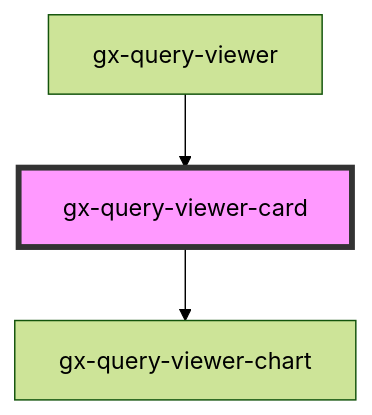
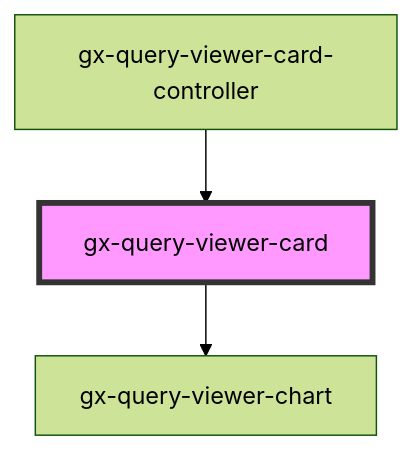
The diagram in src/components/query-viewer-card/readme.md (genexuslabs/reporting-controls-library), drawn with Mermaid (forest theme) before and after one commit. The commit also changed other lines of this file and 4 other files, not shown here.

````diff
--- a/src/components/query-viewer-card/readme.md
+++ b/src/components/query-viewer-card/readme.md
@@ -55,6 +52,6 @@
 ```mermaid
 graph TD;
   gx-query-viewer-card --> gx-query-viewer-chart
-  gx-query-viewer --> gx-query-viewer-card
+  gx-query-viewer-card-controller --> gx-query-viewer-card
   style gx-query-viewer-card fill:#f9f,stroke:#333,stroke-width:4px
 ```
````
